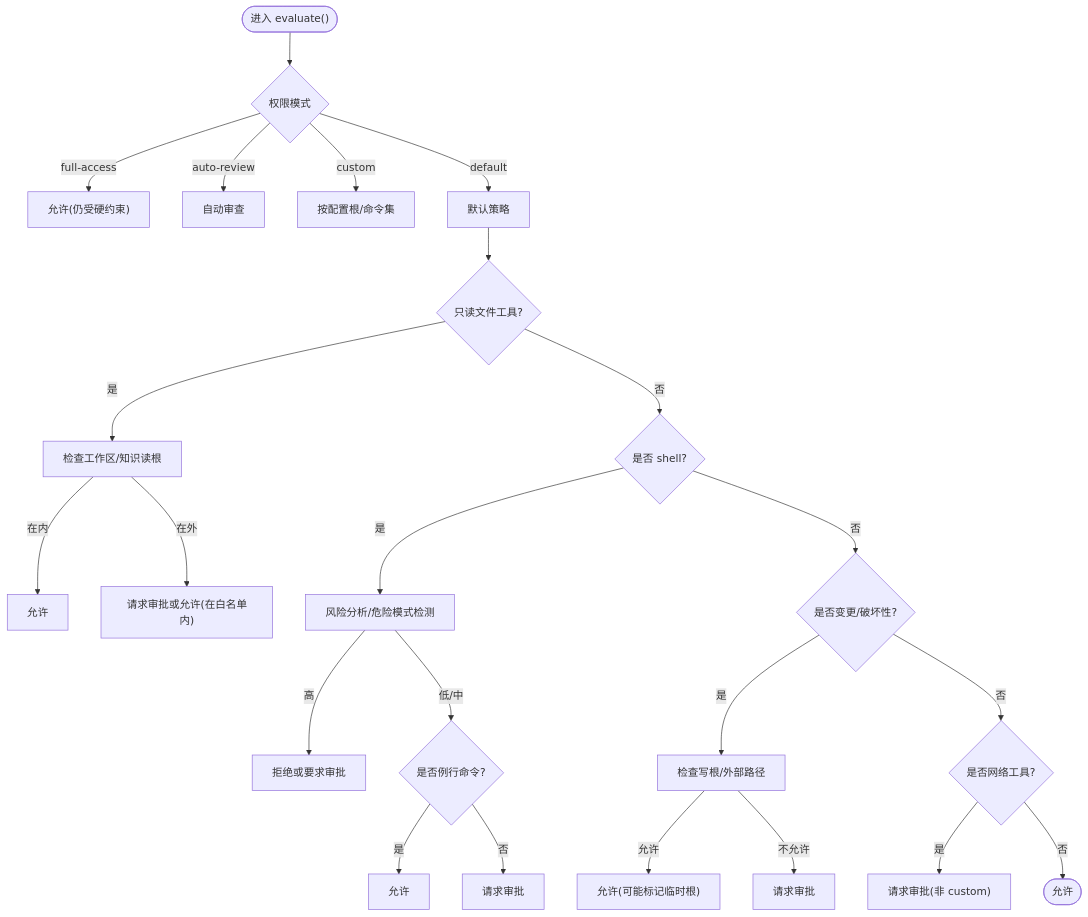
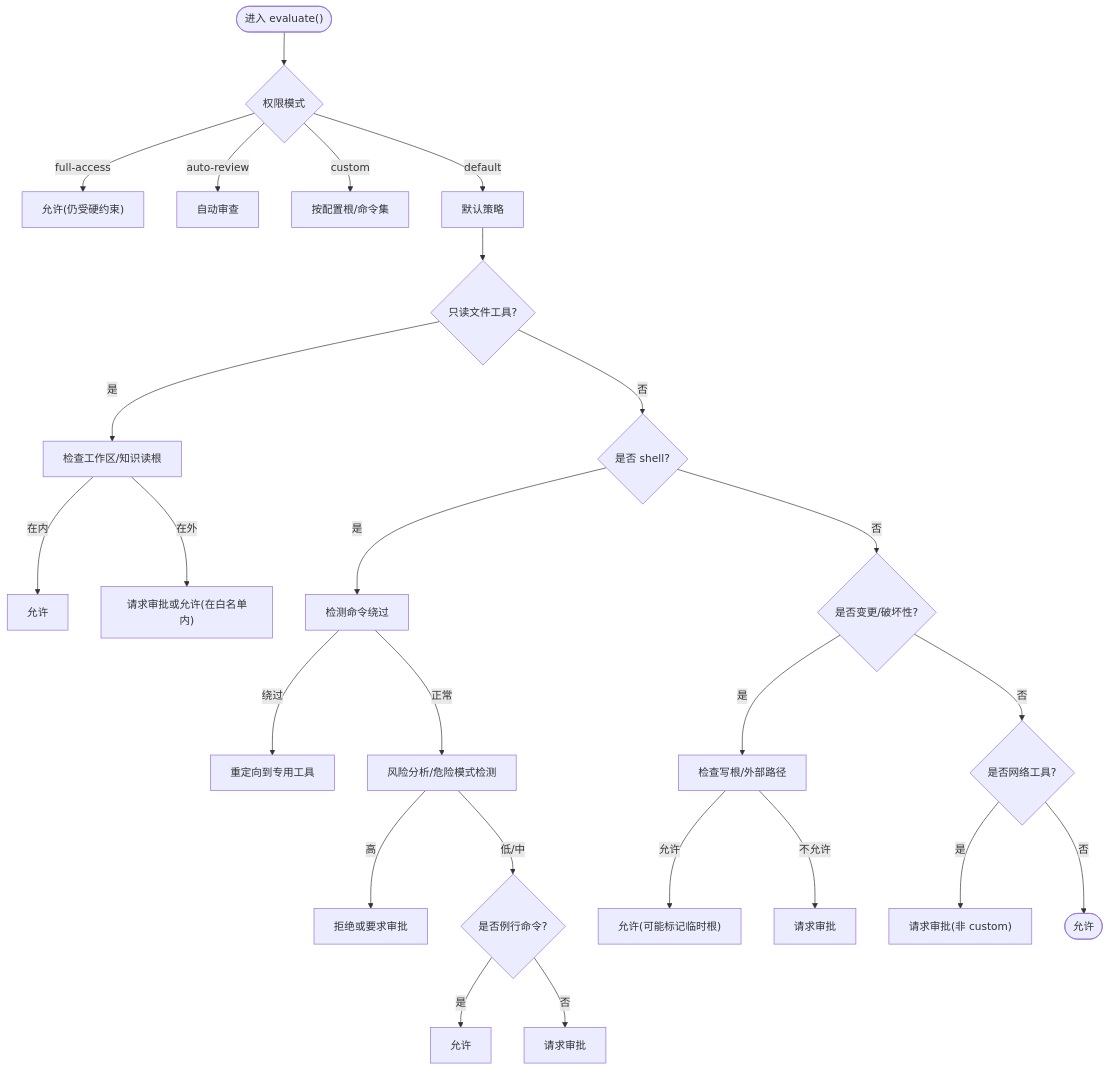
The third of 11 diagrams in .qoder/repowiki/zh/content/安全考虑/安全考虑.md (haolange/RDC-Agent), drawn with Mermaid before and after one commit. The commit also changed other lines of this file and 85 other files, not shown here.

````diff
--- a/.qoder/repowiki/zh/content/安全考虑/安全考虑.md
+++ b/.qoder/repowiki/zh/content/安全考虑/安全考虑.md
@@ -158,25 +186,27 @@
 ```mermaid
 flowchart TD
 Start(["进入 evaluate()"]) --> Mode{"权限模式"}
 Mode --> |full-access| AllowAll["允许(仍受硬约束)"]
 Mode --> |auto-review| AutoReview["自动审查"]
 Mode --> |custom| Custom["按配置根/命令集"]
 Mode --> |default| Default["默认策略"]
 Default --> ReadTools{"只读文件工具?"}
 ReadTools --> |是| CheckRoots["检查工作区/知识读根"]
 CheckRoots --> |在内| AllowRead["允许"]
 CheckRoots --> |在外| AskOrAllow["请求审批或允许(在白名单内)"]
 ReadTools --> |否| ShellCheck{"是否 shell?"}
-ShellCheck --> |是| Risk["风险分析/危险模式检测"]
+ShellCheck --> |是| BypassCheck["检测命令绕过"]
+BypassCheck --> |绕过| Redirect["重定向到专用工具"]
+BypassCheck --> |正常| Risk["风险分析/危险模式检测"]
 Risk --> |高| DenyHigh["拒绝或要求审批"]
 Risk --> |低/中| Routine{"是否例行命令?"}
 Routine --> |是| AllowRoutine["允许"]
 Routine --> |否| AskCmd["请求审批"]
 ShellCheck --> |否| Mutation{"是否变更/破坏性?"}
 Mutation --> |是| WriteRoots["检查写根/外部路径"]
 WriteRoots --> |允许| AllowWrite["允许(可能标记临时根)"]
 WriteRoots --> |不允许| AskWrite["请求审批"]
 Mutation --> |否| Network{"是否网络工具?"}
 Network --> |是| AskNet["请求审批(非 custom)"]
 Network --> |否| End(["允许"])
 ```
````
